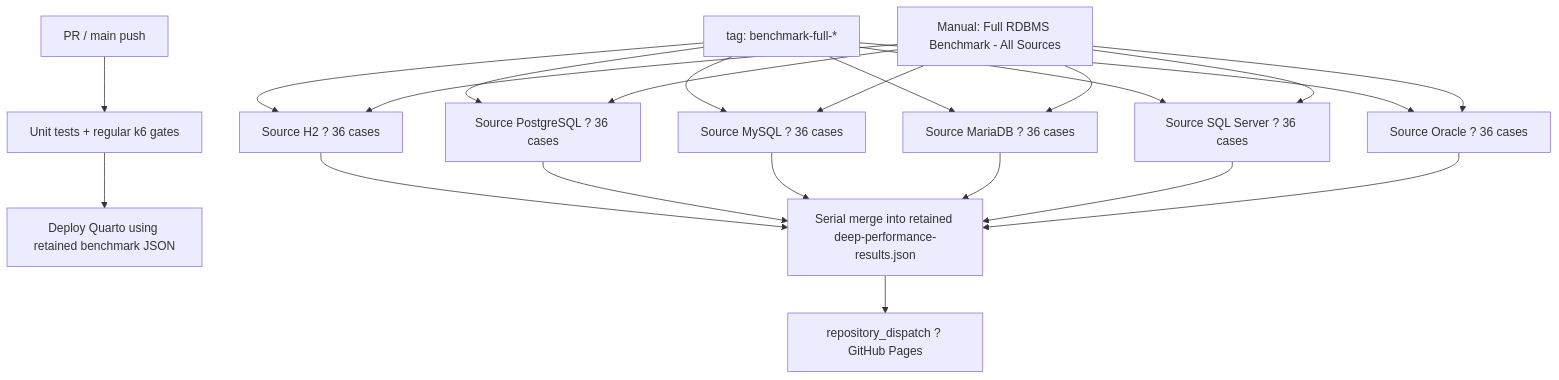
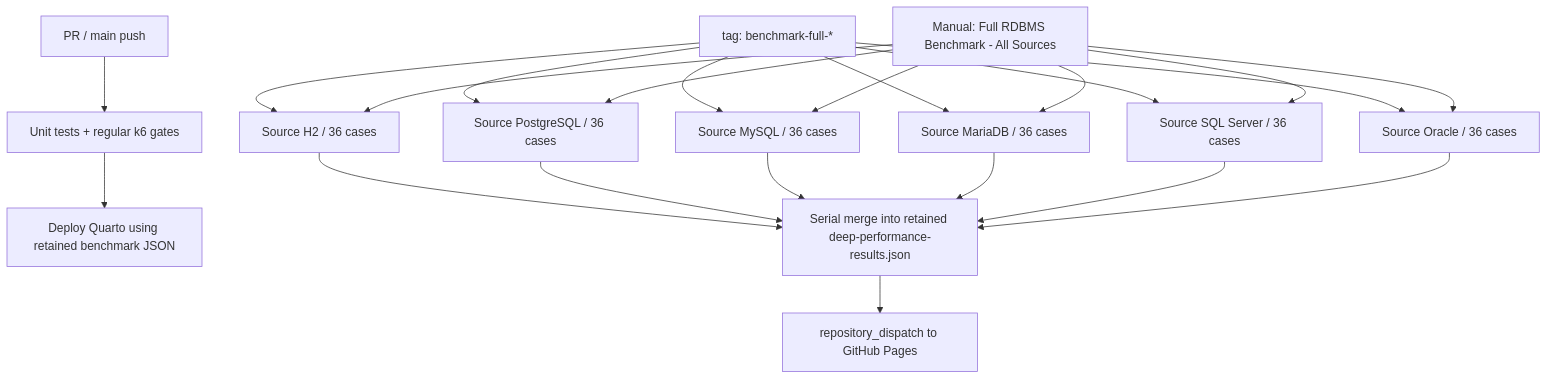
The third of 3 diagrams in quarto/performance.qmd (tibame201020/IrisPipe), drawn with Mermaid before and after one commit. The commit also changed other lines of this file and 8 other files, not shown here.

Commit message:
docs: clarify full benchmark methodology and charts

````diff
--- a/quarto/performance.qmd
+++ b/quarto/performance.qmd
@@ -115,27 +155,27 @@
 ```{mermaid}
 flowchart TD
   PR["PR / main push"] --> G["Unit tests + regular k6 gates"]
   G --> P["Deploy Quarto using retained benchmark JSON"]
 
-  T["tag: benchmark-full-*"] --> H2["Source H2 ? 36 cases"]
-  T --> PG["Source PostgreSQL ? 36 cases"]
-  T --> MY["Source MySQL ? 36 cases"]
-  T --> MA["Source MariaDB ? 36 cases"]
-  T --> MS["Source SQL Server ? 36 cases"]
-  T --> OR["Source Oracle ? 36 cases"]
+  T["tag: benchmark-full-*"] --> H2["Source H2 / 36 cases"]
+  T --> PG["Source PostgreSQL / 36 cases"]
+  T --> MY["Source MySQL / 36 cases"]
+  T --> MA["Source MariaDB / 36 cases"]
+  T --> MS["Source SQL Server / 36 cases"]
+  T --> OR["Source Oracle / 36 cases"]
 
   M["Manual: Full RDBMS Benchmark - All Sources"] --> H2
   M --> PG
   M --> MY
   M --> MA
   M --> MS
   M --> OR
 
   H2 --> R["Serial merge into retained deep-performance-results.json"]
   PG --> R
   MY --> R
   MA --> R
   MS --> R
   OR --> R
-  R --> D["repository_dispatch ? GitHub Pages"]
+  R --> D["repository_dispatch to GitHub Pages"]
 ```
````
